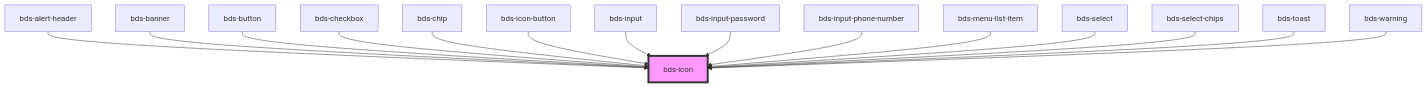
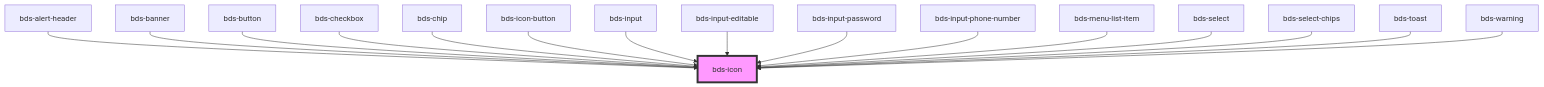
Before and after one commit to takenet/blip-ds: the diagram in src/components/icon/readme.md, drawn with Mermaid. The commit also changed other lines of this file and 11 other files, not shown here.

Commit message:
feat(component): input_editable_component

````diff
--- a/src/components/icon/readme.md
+++ b/src/components/icon/readme.md
@@ -44,18 +45,19 @@
 ```mermaid
 graph TD;
   bds-alert-header --> bds-icon
   bds-banner --> bds-icon
   bds-button --> bds-icon
   bds-checkbox --> bds-icon
   bds-chip --> bds-icon
   bds-icon-button --> bds-icon
   bds-input --> bds-icon
+  bds-input-editable --> bds-icon
   bds-input-password --> bds-icon
   bds-input-phone-number --> bds-icon
   bds-menu-list-item --> bds-icon
   bds-select --> bds-icon
   bds-select-chips --> bds-icon
   bds-toast --> bds-icon
   bds-warning --> bds-icon
   style bds-icon fill:#f9f,stroke:#333,stroke-width:4px
 ```
````
